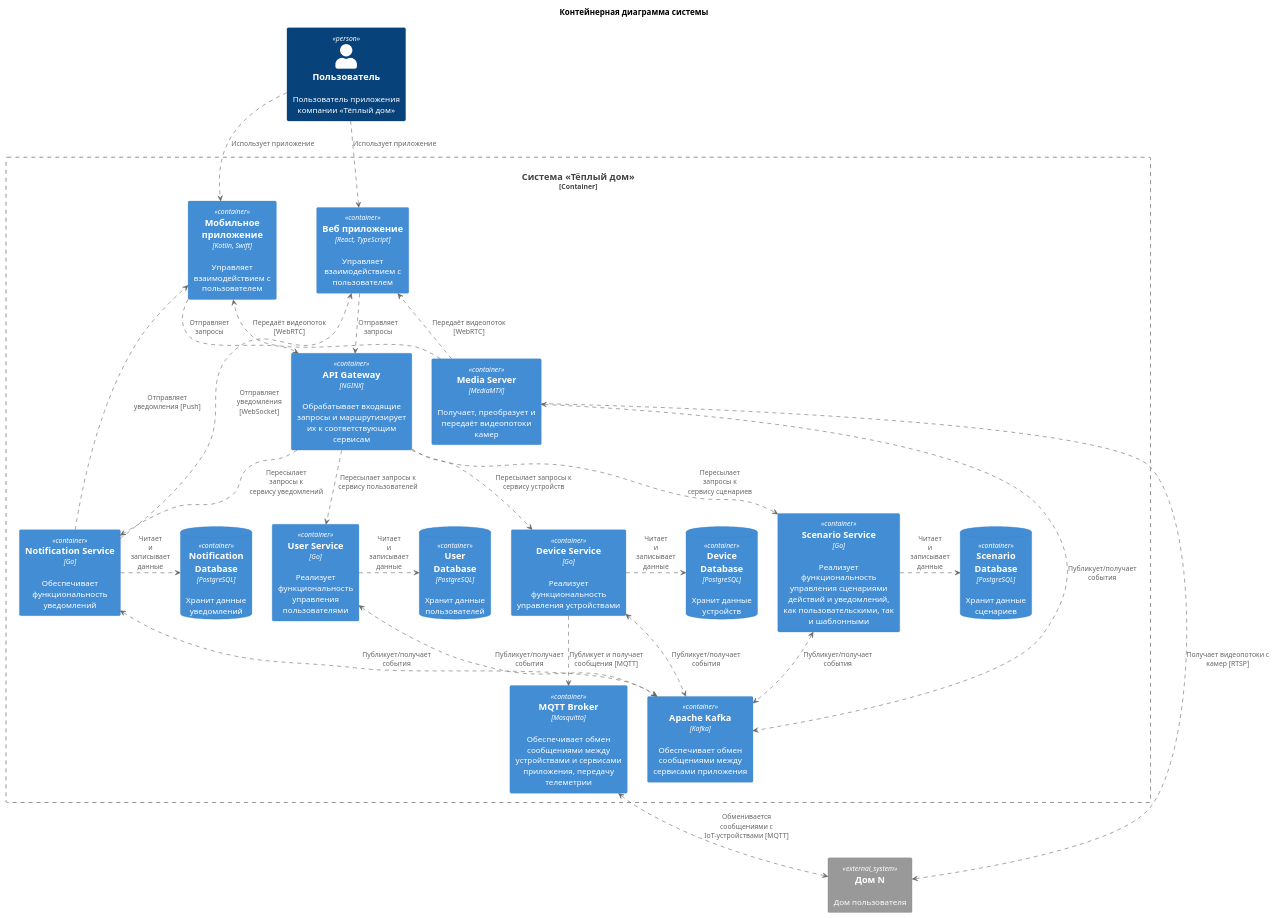
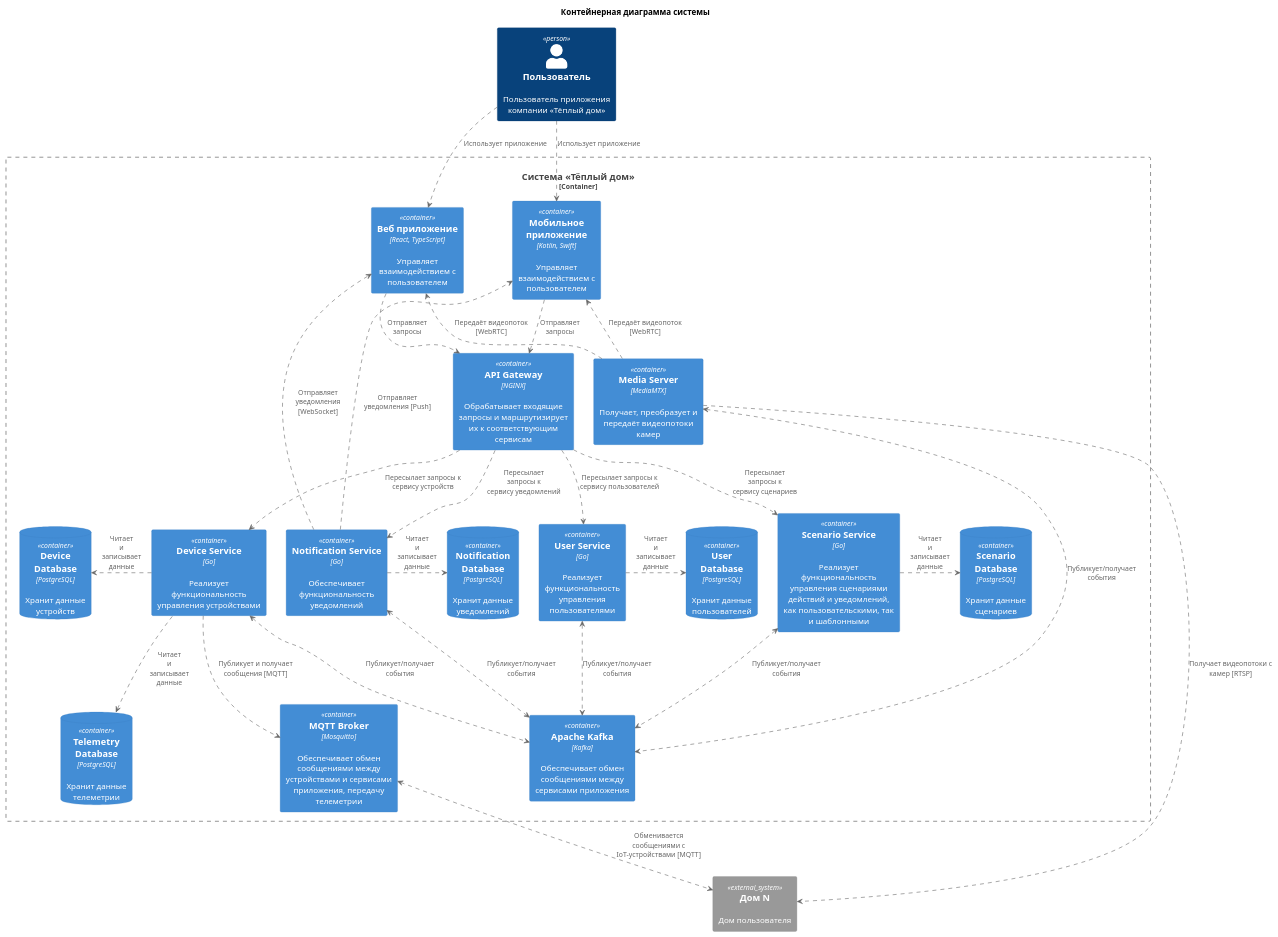
The diagram in diagrams/container/container.puml (PAKETIKk/architecture-warmhouse), drawn with PlantUML before and after one commit. The commit also changed 4 other files, not shown here.

```diff
--- a/diagrams/container/container.puml
+++ b/diagrams/container/container.puml
@@ -1,87 +1,92 @@
 @startuml
 title Контейнерная диаграмма системы
 ' Импорт
 !includeurl ../../uml-lib/C4_Container.puml
 ' Пользователи
 Person(user, "Пользователь", 'Пользователь приложения компании «Тёплый дом»')
 LAYOUT_TOP_DOWN()
 ' Система
 Container_Boundary(system, "Система «Тёплый дом»") {
 ' Мобильное, веб приложения и API Gateway
   together {
     Container(WebApp, "Веб приложение", "React, TypeScript", "Управляет взаимодействием с пользователем")
     Container(MobileApp, "Мобильное приложение", "Kotlin, Swift", "Управляет взаимодействием с пользователем")
   }
   together {
     Container(ApiGateway, "API Gateway", "NGINX", "Обрабатывает входящие запросы и маршрутизирует их к соответствующим сервисам")
     Container(MediaServer, "Media Server", "MediaMTX", "Получает, преобразует и передаёт видеопотоки камер")
   }
 
 
   together {
     ' Сервисы приложения
     Container(DeviceService, "Device Service", "Go", "Реализует функциональность управления устройствами")
     Container(NotificationService, "Notification Service", "Go", "Обеспечивает функциональность уведомлений")
     Container(UserService, "User Service", "Go", "Реализует функциональность управления пользователями")
     Container(ScenarioService, "Scenario Service", "Go", "Реализует функциональность управления сценариями действий и уведомлений, как пользовательскими, так и шаблонными")
     ' СУБД
     ContainerDb(UserDatabase, "User\nDatabase", "PostgreSQL", "Хранит данные\nпользователей")
     ContainerDb(DeviceDatabase, "Device\nDatabase", "PostgreSQL", "Хранит данные\nустройств")
+    ContainerDb(TelemetryDatabase, "Telemetry\nDatabase", "PostgreSQL", "Хранит данные\nтелеметрии")
     ContainerDb(ScenarioDatabase, "Scenario\nDatabase", "PostgreSQL", "Хранит данные\nсценариев")
     ContainerDb(NotificationDatabase, "Notification\nDatabase", "PostgreSQL", "Хранит данные\nуведомлений")
   }
 ' Брокеры сообщений
   Container(MqttBroker, "MQTT Broker", "Mosquitto", "Обеспечивает обмен сообщениями между устройствами и сервисами приложения, передачу телеметрии")
   Container(Kafka, "Apache Kafka", "Kafka", "Обеспечивает обмен сообщениями между сервисами приложения")
 }
 ' Внешние системы
 System_Ext(home, "Дом N", 'Дом пользователя')
 ' Взаимодействия пользователя
 user ..> WebApp : "Использует приложение"
 user ..> MobileApp : "Использует приложение"
 ' Взаимодействия приложений
 WebApp ..> ApiGateway : "Отправляет\nзапросы"
 MobileApp ..> ApiGateway : "Отправляет\nзапросы"
 ' Взаимодействия ApiGateway
 ApiGateway ..> DeviceService : "Пересылает запросы к сервису устройств"
 ApiGateway ..> UserService : "Пересылает запросы к сервису пользователей"
 ApiGateway ..> ScenarioService : "Пересылает\nзапросы к\nсервису сценариев"
 ApiGateway ..> NotificationService : "Пересылает\nзапросы к\nсервису уведомлений"
 ' Взаимодействия сервисов с базой данных
 DeviceService .right.> DeviceDatabase : "Читает\nи\nзаписывает\nданные"
+DeviceService .left.> TelemetryDatabase : "Читает\nи\nзаписывает\nданные"
 UserService .right.> UserDatabase : "Читает\nи\nзаписывает\nданные"
 ScenarioService .right.> ScenarioDatabase : "Читает\nи\nзаписывает\nданные"
 NotificationService .right.> NotificationDatabase : "Читает\nи\nзаписывает\nданные"
 ' Взаимодействия сервисов
 MediaServer ..> WebApp : "Передаёт видеопоток [WebRTC]"
 MediaServer ..> MobileApp : "Передаёт видеопоток [WebRTC]"
 DeviceService ..> MqttBroker : "Публикует и получает сообщения [MQTT]"
 NotificationService ..> WebApp : "Отправляет уведомления [WebSocket]"
 NotificationService ..> MobileApp : "Отправляет уведомления [Push]"
 ' Взаимодействия MQTT брокер
 MqttBroker <.down.> home : "Обменивается сообщениями с IoT-устройствами [MQTT]"
 MediaServer ..> home : "Получает видеопотоки с камер [RTSP]"
 ' Взаимодействия Kafka
 UserService <.> Kafka : "Публикует/получает\nсобытия"
 DeviceService <.> Kafka : "Публикует/получает\nсобытия"
 ScenarioService <.> Kafka : "Публикует/получает\nсобытия"
 MediaServer <.> Kafka : "Публикует/получает\nсобытия"
 NotificationService <.> Kafka : "Публикует/получает\nсобытия"
 ' Подсказка для рендера
-user -[hidden]down-> MobileApp
-user -[hidden]down-> ApiGateway
-WebApp -[hidden]down-> ApiGateway
-MobileApp -[hidden]down-> ApiGateway
-ApiGateway -[hidden]down-> DeviceService
-ApiGateway -[hidden]down-> UserService
-ApiGateway -[hidden]down-> ScenarioService
-ApiGateway -[hidden]down-> NotificationService
+user -[hidden]down- MobileApp
+user -[hidden]down- ApiGateway
+WebApp -[hidden]down- ApiGateway
+MobileApp -[hidden]down- ApiGateway
+ApiGateway -[hidden]down- DeviceService
+ApiGateway -[hidden]down- UserService
+ApiGateway -[hidden]down- ScenarioService
+ApiGateway -[hidden]down- NotificationService
 
-DeviceService -[hidden]down-> Kafka
-ScenarioService -[hidden]down-> Kafka
+DeviceService -[hidden]down- Kafka
+ScenarioService -[hidden]down- Kafka
 
-UserService -[hidden]right-> ScenarioService
+DeviceDatabase -[hidden]down- TelemetryDatabase
 
-MediaServer -[hidden]up-> WebApp
-MediaServer -[hidden]up-> MobileApp
+UserService -[hidden]right- ScenarioService
+
+MediaServer -[hidden]up- WebApp
+MediaServer -[hidden]up- MobileApp
+
 @enduml
```
